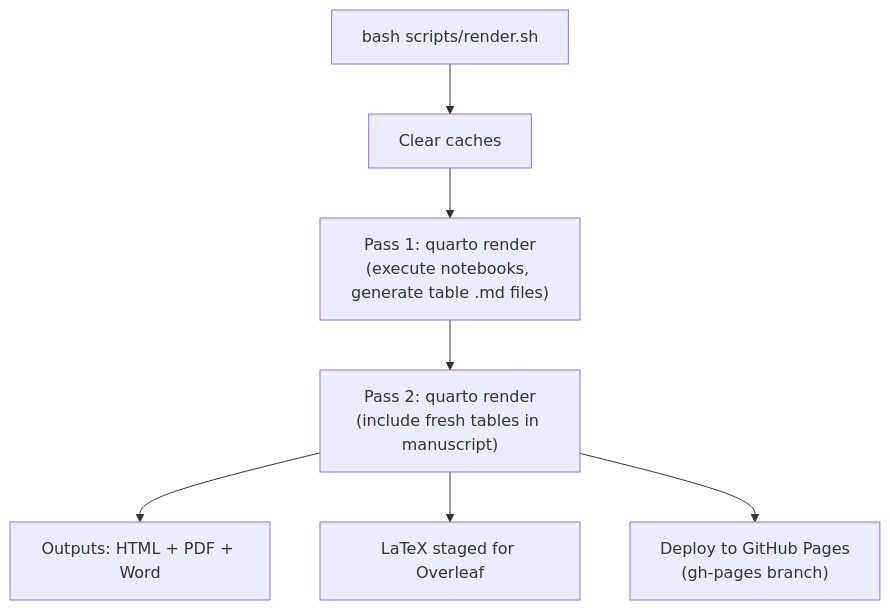
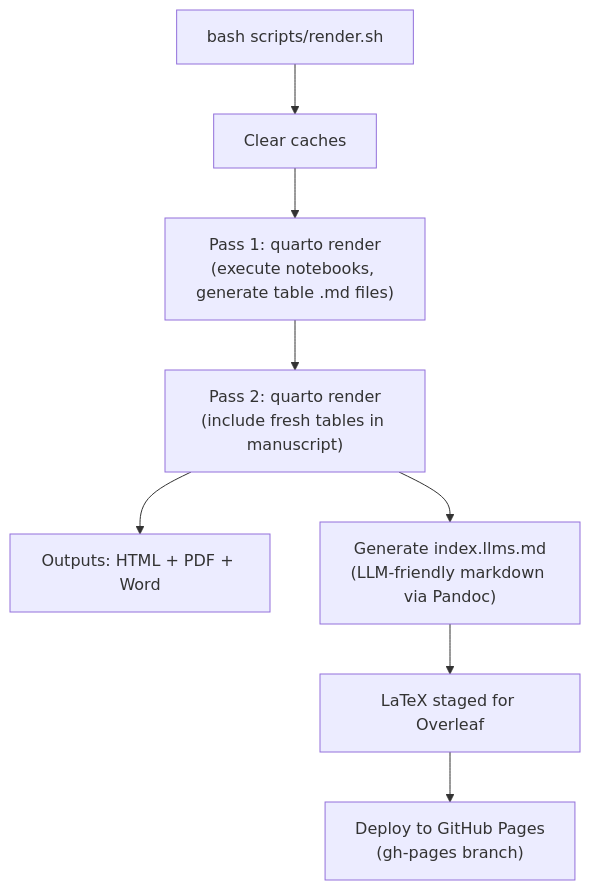
Before and after one commit to quarcs-lab/project20XXy: the second of 3 diagrams in README.md, drawn with Mermaid. The commit also changed other lines of this file and 2 other files, not shown here.

First line of the commit message:
Update documentation for Quarto 1.9, LLM output, and full pipeline

````diff
--- a/README.md
+++ b/README.md
@@ -184,9 +184,10 @@
 ```mermaid
 flowchart TD
     A["bash scripts/render.sh"] --> B["Clear caches"]
     B --> C["Pass 1: quarto render<br/>(execute notebooks, generate table .md files)"]
     C --> D["Pass 2: quarto render<br/>(include fresh tables in manuscript)"]
     D --> E["Outputs: HTML + PDF + Word"]
-    D --> F["LaTeX staged for Overleaf"]
-    D --> G["Deploy to GitHub Pages<br/>(gh-pages branch)"]
+    D --> F["Generate index.llms.md<br/>(LLM-friendly markdown via Pandoc)"]
+    F --> G["LaTeX staged for Overleaf"]
+    G --> H["Deploy to GitHub Pages<br/>(gh-pages branch)"]
 ```
````
